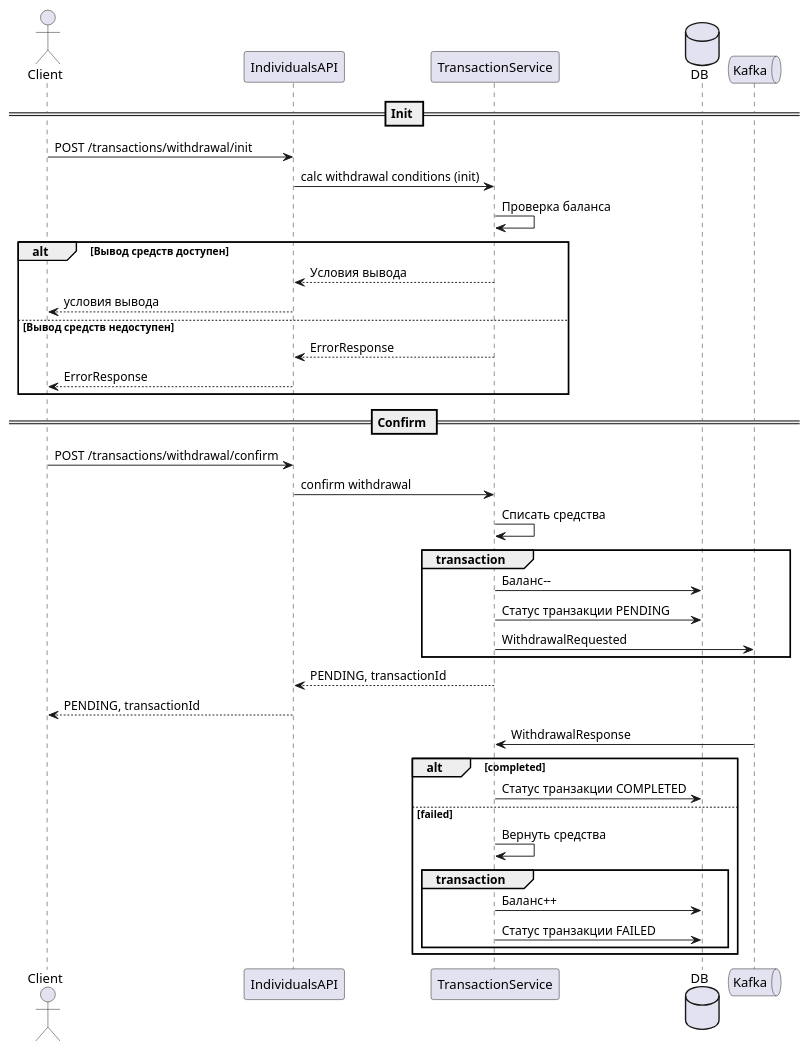
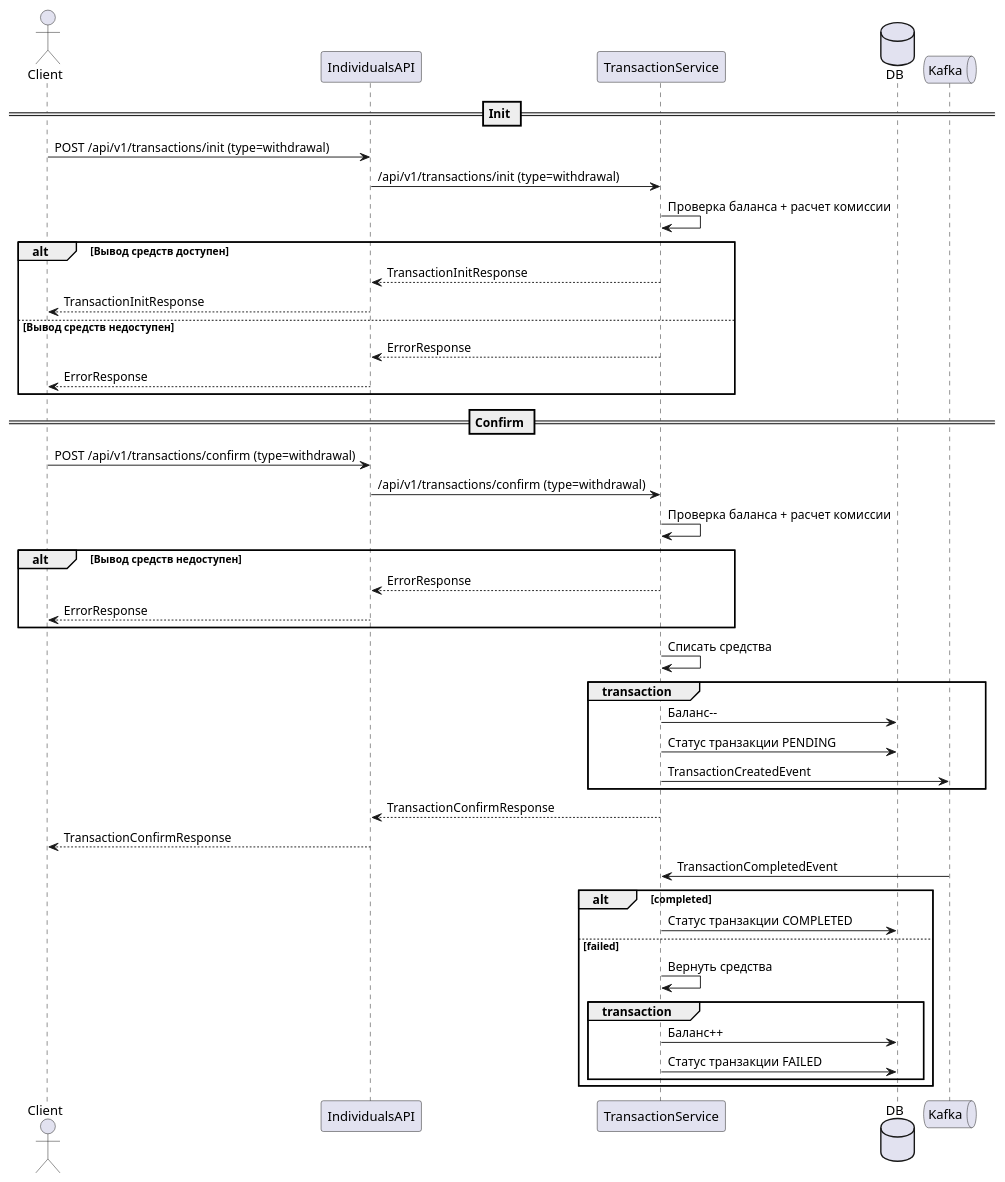
Before and after one commit to diamam90/payment-system: the diagram in diagram/withdrawal.puml, drawn with PlantUML. The commit also changed 11 other files, not shown here.

Commit message:
диаграммы для 4 модуля

```diff
--- a/diagram/withdrawal.puml
+++ b/diagram/withdrawal.puml
@@ -1,42 +1,47 @@
 @startuml
 actor Client
 participant IndividualsAPI
 participant TransactionService
 database DB
 queue Kafka
 
 == Init ==
-Client -> IndividualsAPI: POST /transactions/withdrawal/init
-IndividualsAPI -> TransactionService: calc withdrawal conditions (init)
-TransactionService -> TransactionService: Проверка баланса
+Client -> IndividualsAPI: POST /api/v1/transactions/init (type=withdrawal)
+IndividualsAPI -> TransactionService: /api/v1/transactions/init (type=withdrawal)
+TransactionService -> TransactionService: Проверка баланса + расчет комиссии
 alt Вывод средств доступен
-    TransactionService --> IndividualsAPI: Условия вывода
-    IndividualsAPI --> Client: условия вывода
+    TransactionService --> IndividualsAPI: TransactionInitResponse
+    IndividualsAPI --> Client: TransactionInitResponse
 else Вывод средств недоступен
     TransactionService --> IndividualsAPI: ErrorResponse
     IndividualsAPI --> Client: ErrorResponse
 end
 == Confirm ==
-Client -> IndividualsAPI: POST /transactions/withdrawal/confirm
-IndividualsAPI -> TransactionService: confirm withdrawal
+Client -> IndividualsAPI: POST /api/v1/transactions/confirm (type=withdrawal)
+IndividualsAPI -> TransactionService: /api/v1/transactions/confirm (type=withdrawal)
+TransactionService -> TransactionService: Проверка баланса + расчет комиссии
+alt Вывод средств недоступен
+    TransactionService --> IndividualsAPI: ErrorResponse
+    IndividualsAPI --> Client: ErrorResponse
+end
 TransactionService -> TransactionService: Списать средства
 group transaction
     TransactionService -> DB: Баланс--
     TransactionService -> DB: Статус транзакции PENDING
-    TransactionService -> Kafka: WithdrawalRequested
+    TransactionService -> Kafka: TransactionCreatedEvent
 end
-TransactionService --> IndividualsAPI: PENDING, transactionId
-IndividualsAPI --> Client: PENDING, transactionId
+TransactionService --> IndividualsAPI: TransactionConfirmResponse
+IndividualsAPI --> Client: TransactionConfirmResponse
 
-Kafka -> TransactionService: WithdrawalResponse
+Kafka -> TransactionService: TransactionCompletedEvent
 alt completed
     TransactionService -> DB: Статус транзакции COMPLETED
 else failed
     TransactionService -> TransactionService: Вернуть средства
 
     group transaction
         TransactionService -> DB: Баланс++
         TransactionService -> DB: Статус транзакции FAILED
     end
 end
 @enduml
```
